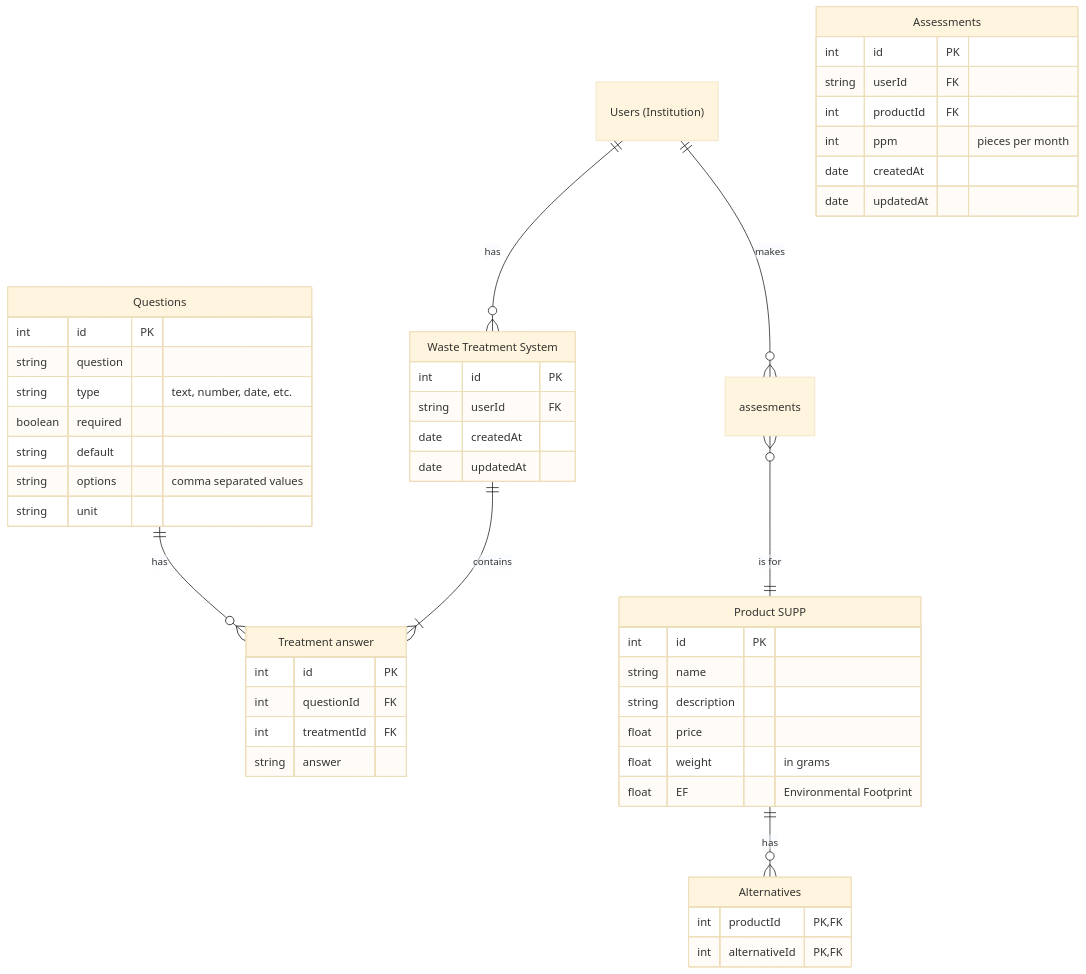
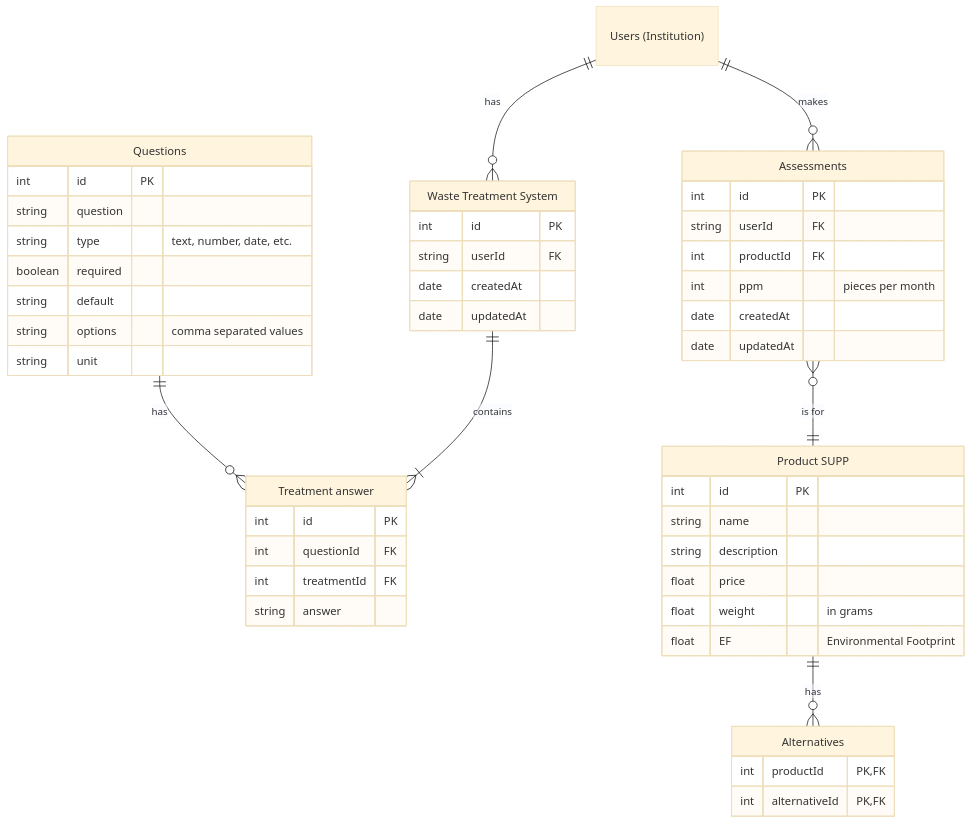
Before and after one commit to SimonStnn/BEMED: the diagram in backend/README.md, drawn with Mermaid (base theme).

Commit message:
Fix typo in assessments

````diff
--- a/backend/README.md
+++ b/backend/README.md
@@ -5,59 +5,59 @@
 ```mermaid
 erDiagram
 users["Users (Institution)"] {}
 
 treatments["Waste Treatment System"] {
     int id PK
     string userId FK
     date createdAt
     date updatedAt
 }
 
 questions["Questions"] {
     int id PK
     string question
     string type "text, number, date, etc."
     boolean required
     string default
     string options "comma separated values"
     string unit
 }
 
 answer["Treatment answer"] {
     int id PK
     int questionId FK
     int treatmentId FK
     string answer
 }
 
 products["Product SUPP"] {
     int id PK
     string name
     string description
     float price 
     float weight "in grams"
     float EF "Environmental Footprint"
 }
 
 alternatives["Alternatives"] {
     int productId PK, FK
     int alternativeId PK, FK
 }
 
 assessments["Assessments"] {
     int id PK
     string userId FK
     int productId FK
     int ppm "pieces per month"
     date createdAt
     date updatedAt
 }
 
 questions ||--o{ answer : "has"
 treatments ||-- |{ answer : "contains"
 users ||--o{ treatments : "has"
-users ||--o{ assesments : "makes"
+users ||--o{ assessments : "makes"
 products ||--o{ alternatives : "has"
-assesments }o--|| products : "is for"
+assessments }o--|| products : "is for"
 
 ```
````
